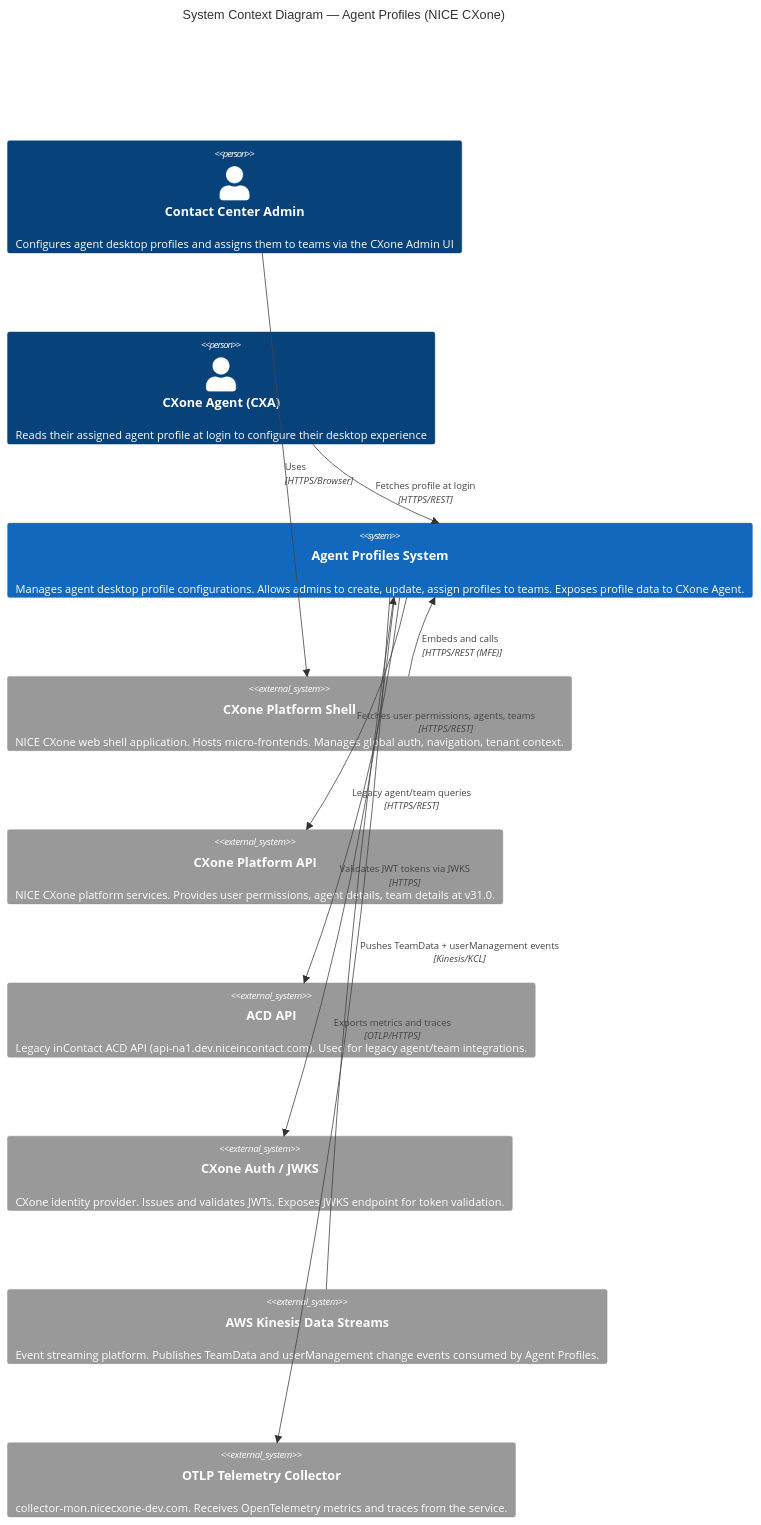
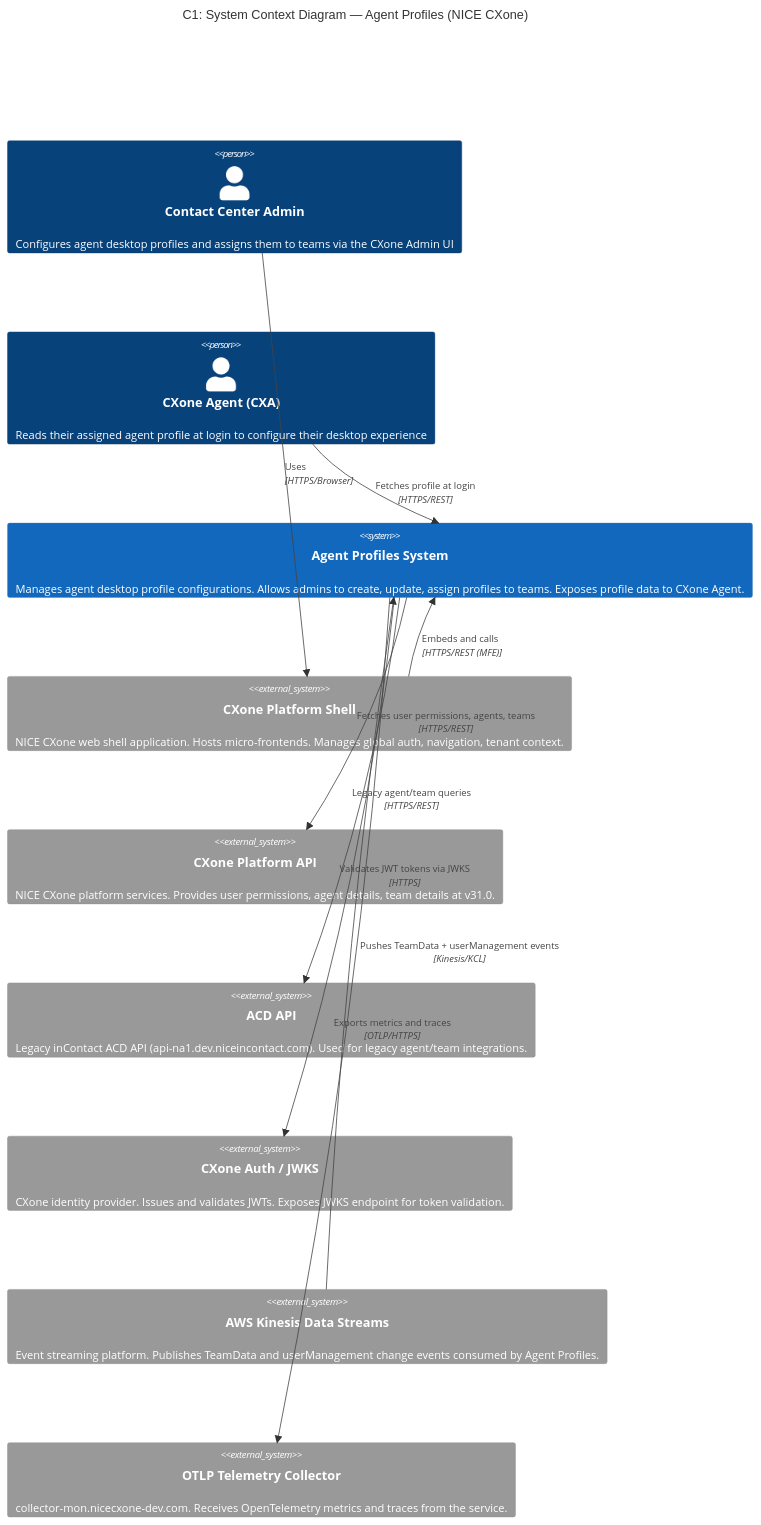
The first of 9 diagrams in docs/architecture/c4-diagrams-report.md (Prankur27/architecture-code-agent), drawn with Mermaid before and after one commit. The commit also changed other lines of this file, not shown here.

Commit message:
updated diagrams

````diff
--- a/docs/architecture/c4-diagrams-report.md
+++ b/docs/architecture/c4-diagrams-report.md
@@ -21,25 +21,25 @@
 ```mermaid
 C4Context
-  title System Context Diagram — Agent Profiles (NICE CXone)
+  title C1: System Context Diagram — Agent Profiles (NICE CXone)
 
   Person(adminUser, "Contact Center Admin", "Configures agent desktop profiles and assigns them to teams via the CXone Admin UI")
   Person(cxaAgent, "CXone Agent (CXA)", "Reads their assigned agent profile at login to configure their desktop experience")
 
   System(agentProfilesSystem, "Agent Profiles System", "Manages agent desktop profile configurations. Allows admins to create, update, assign profiles to teams. Exposes profile data to CXone Agent.")
 
   System_Ext(cxoneShell, "CXone Platform Shell", "NICE CXone web shell application. Hosts micro-frontends. Manages global auth, navigation, tenant context.")
   System_Ext(cxonePlatformAPI, "CXone Platform API", "NICE CXone platform services. Provides user permissions, agent details, team details at v31.0.")
   System_Ext(acdAPI, "ACD API", "Legacy inContact ACD API (api-na1.dev.niceincontact.com). Used for legacy agent/team integrations.")
   System_Ext(cxoneAuth, "CXone Auth / JWKS", "CXone identity provider. Issues and validates JWTs. Exposes JWKS endpoint for token validation.")
   System_Ext(kinesisStreams, "AWS Kinesis Data Streams", "Event streaming platform. Publishes TeamData and userManagement change events consumed by Agent Profiles.")
   System_Ext(otlpCollector, "OTLP Telemetry Collector", "collector-mon.nicecxone-dev.com. Receives OpenTelemetry metrics and traces from the service.")
 
   Rel(adminUser, cxoneShell, "Uses", "HTTPS/Browser")
   Rel(cxoneShell, agentProfilesSystem, "Embeds and calls", "HTTPS/REST (MFE)")
   Rel(cxaAgent, agentProfilesSystem, "Fetches profile at login", "HTTPS/REST")
   Rel(agentProfilesSystem, cxonePlatformAPI, "Fetches user permissions, agents, teams", "HTTPS/REST")
   Rel(agentProfilesSystem, acdAPI, "Legacy agent/team queries", "HTTPS/REST")
   Rel(agentProfilesSystem, cxoneAuth, "Validates JWT tokens via JWKS", "HTTPS")
   Rel(kinesisStreams, agentProfilesSystem, "Pushes TeamData + userManagement events", "Kinesis/KCL")
   Rel(agentProfilesSystem, otlpCollector, "Exports metrics and traces", "OTLP/HTTPS")
 ```
````
